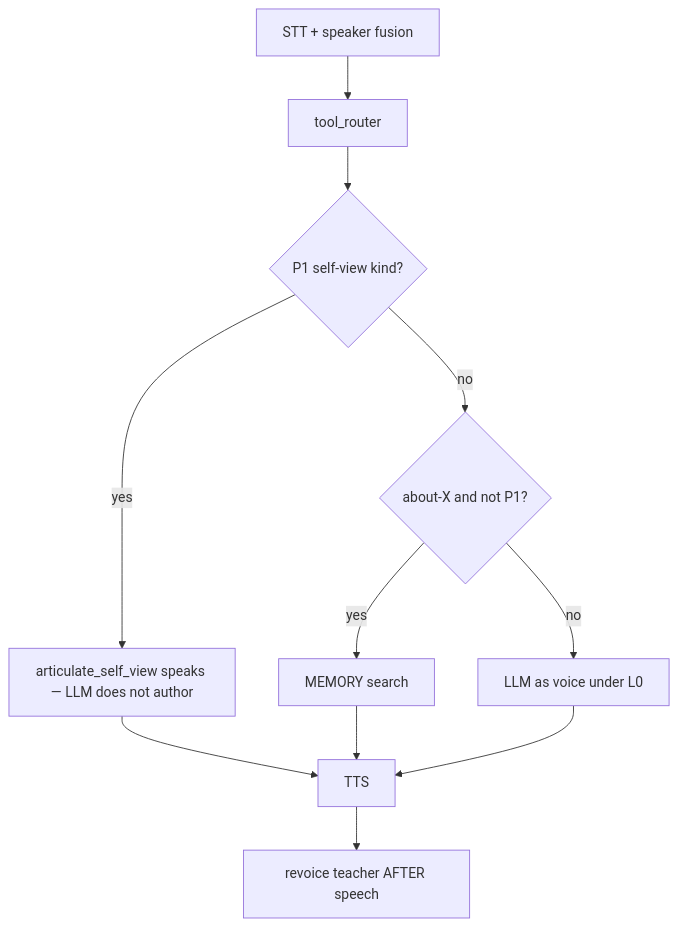
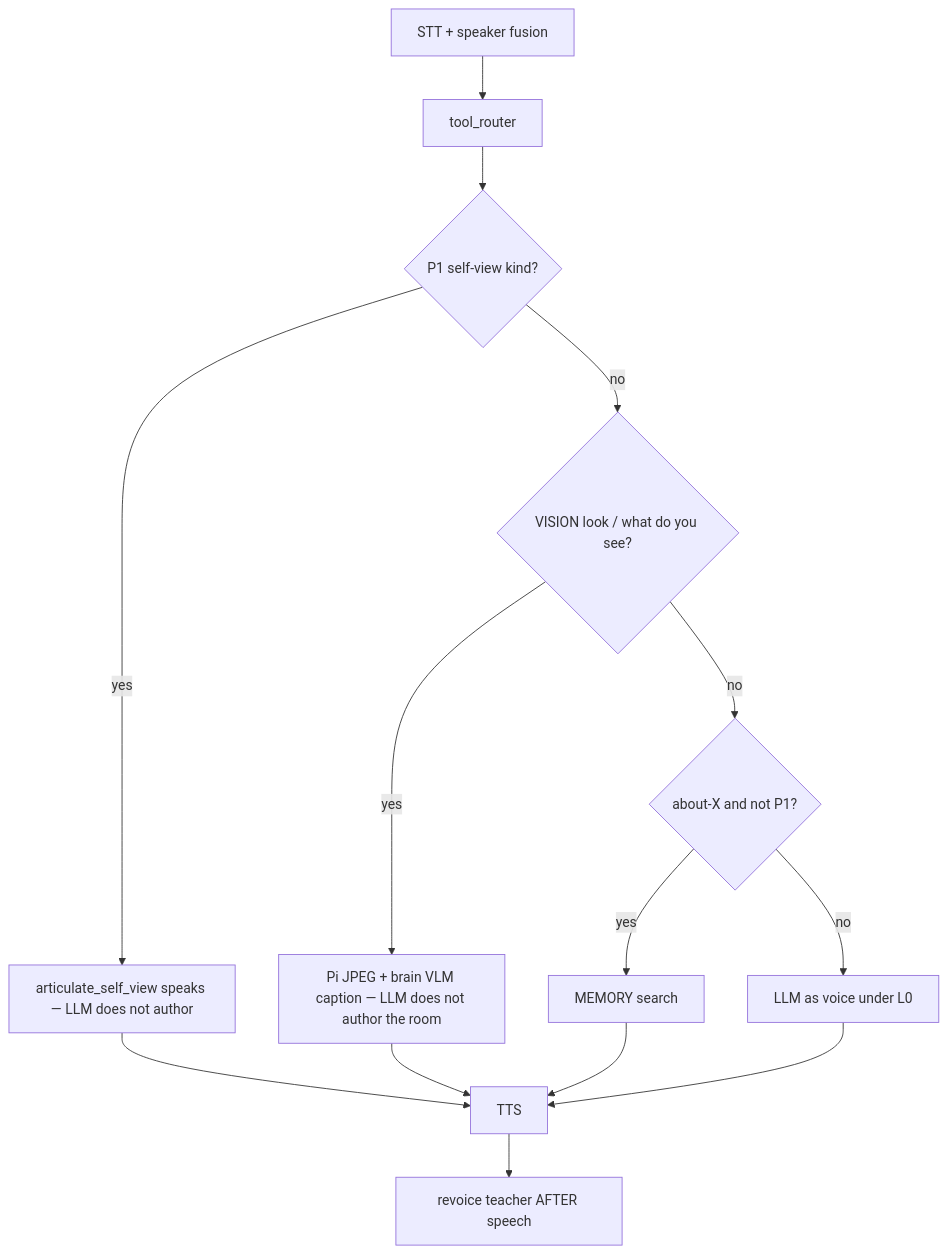
The diagram in AGENTS.md (Nimdy/jarvis-oracle-edition), drawn with Mermaid before and after one commit. The commit also changed 6 other files, not shown here.

First line of the commit message:
docs+lock: VISION lane in the turn map; persist spoken caption not the kitchen draft

````diff
--- a/AGENTS.md
+++ b/AGENTS.md
@@ -42,17 +42,21 @@
 ```mermaid
 flowchart TD
   stt[STT + speaker fusion]
   router[tool_router]
   p1{P1 self-view kind?}
+  vis{VISION look / what do you see?}
   about{about-X and not P1?}
   osv[articulate_self_view speaks — LLM does not author]
+  eyes[Pi JPEG + brain VLM caption — LLM does not author the room]
   mem[MEMORY search]
   llm[LLM as voice under L0]
   tts[TTS]
   seed[revoice teacher AFTER speech]
   stt --> router --> p1
   p1 -->|yes| osv --> tts --> seed
-  p1 -->|no| about
+  p1 -->|no| vis
+  vis -->|yes| eyes --> tts
+  vis -->|no| about
   about -->|yes| mem --> tts
   about -->|no| llm --> tts
 ```
````
